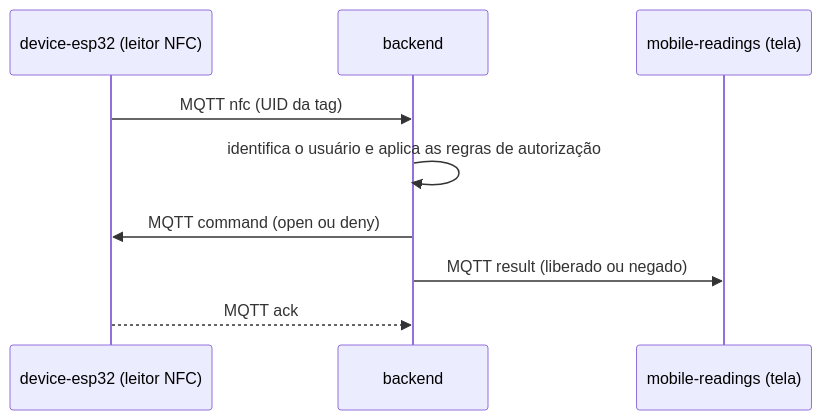
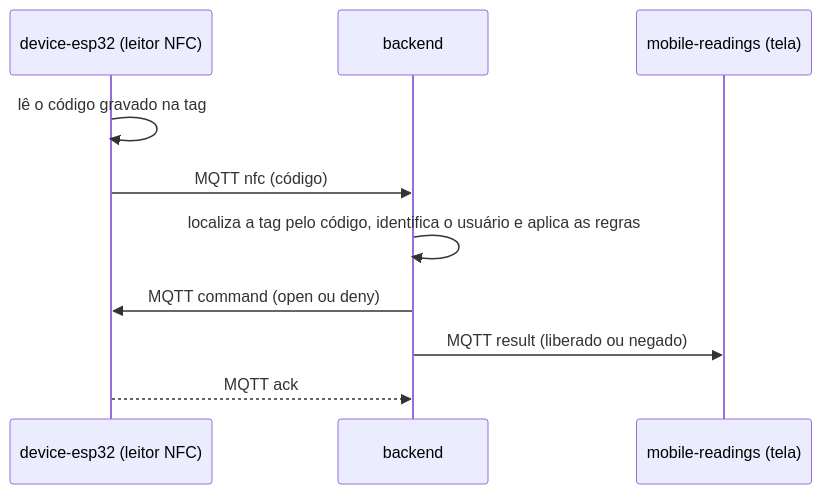
One commit to Helloworld-fatec/access-control changed the third of 5 diagrams in docs/arquitetura.md. Above: the diagram before and after it, drawn with Mermaid. The commit also changed other lines of this file and 1 other file, not shown here.

First line of the commit message:
docs(arquitetura): ESP32 lê e grava as tags; código gerado pelo backend

````diff
--- a/docs/arquitetura.md
+++ b/docs/arquitetura.md
@@ -155,12 +160,13 @@
 ```mermaid
 sequenceDiagram
   participant E as device-esp32 (leitor NFC)
   participant B as backend
   participant T as mobile-readings (tela)
 
-  E->>B: MQTT nfc (UID da tag)
-  B->>B: identifica o usuário e aplica as regras de autorização
+  E->>E: lê o código gravado na tag
+  E->>B: MQTT nfc (código)
+  B->>B: localiza a tag pelo código, identifica o usuário e aplica as regras
   B->>E: MQTT command (open ou deny)
   B->>T: MQTT result (liberado ou negado)
   E-->>B: MQTT ack
 ```
````
